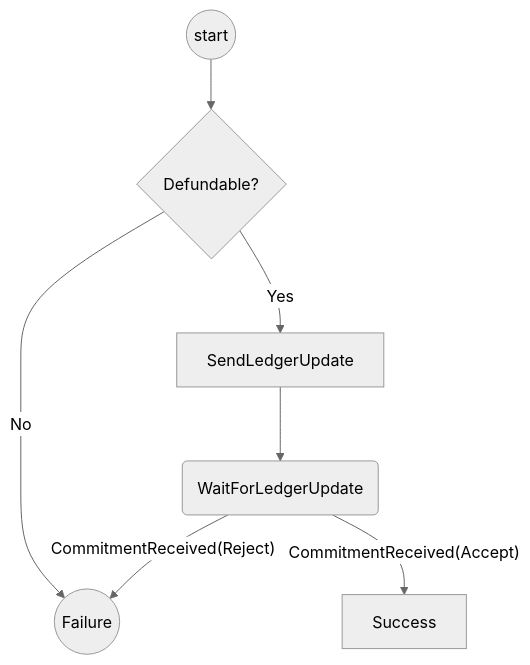
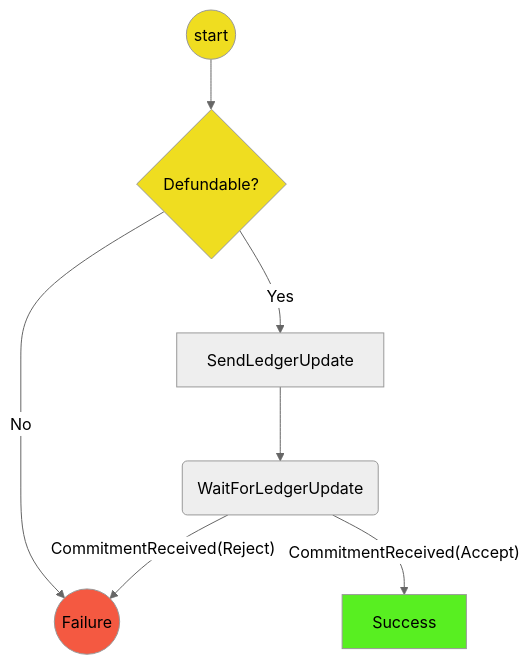
One commit to magmo/apps changed the first of 2 diagrams in packages/wallet/src/redux/protocols/indirect-defunding/readme.md. Above: the diagram before and after it, drawn with Mermaid (neutral theme). The commit also changed other lines of this file and 4 other files, not shown here.

````diff
--- a/packages/wallet/src/redux/protocols/indirect-defunding/readme.md
+++ b/packages/wallet/src/redux/protocols/indirect-defunding/readme.md
@@ -15,9 +15,15 @@
 ```mermaid
 graph TD
+linkStyle default interpolate basis
   St((start))-->DF{Defundable?}
   DF --> |No| F((Failure))
   DF -->|Yes|SC0[SendLedgerUpdate]
   SC0-->WFU(WaitForLedgerUpdate)
   WFU --> |"CommitmentReceived(Accept)"|Su[Success]
   WFU --> |"CommitmentReceived(Reject)"| F
+
+  style St  fill:#efdd20
+  style DF  fill:#efdd20
+  style Su fill:#58ef21
+  style F  fill:#f45941
 ```
````
